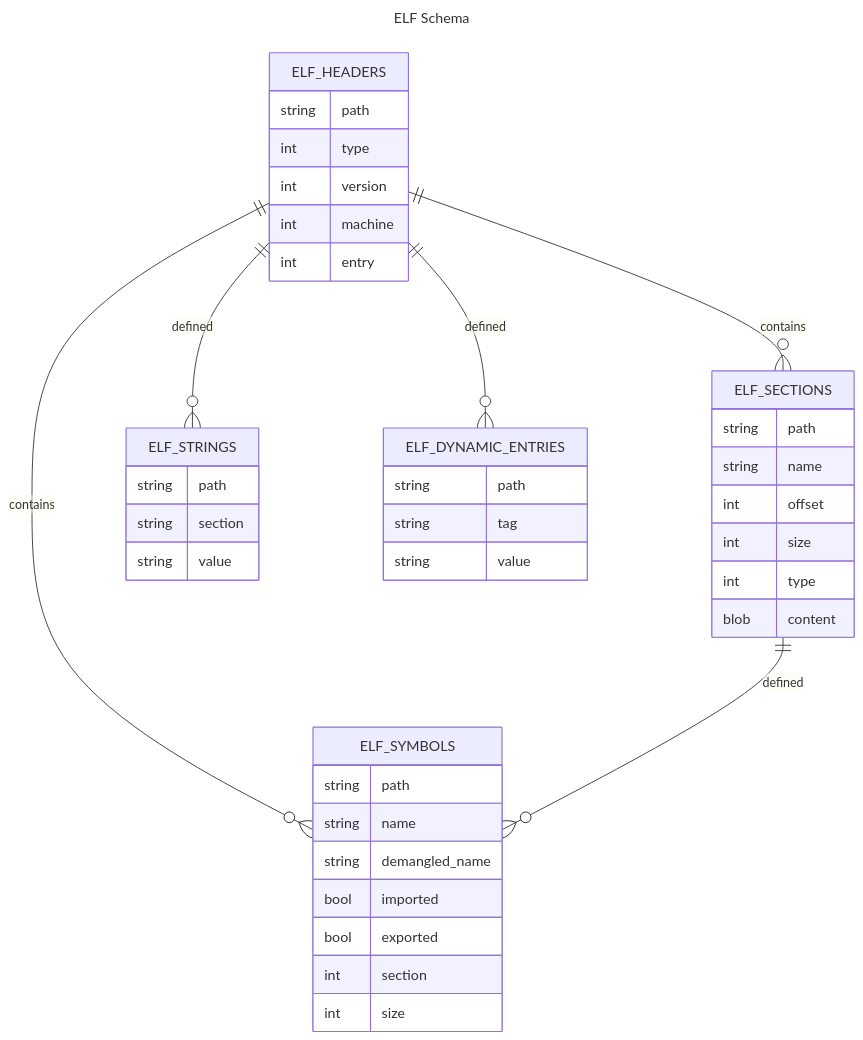
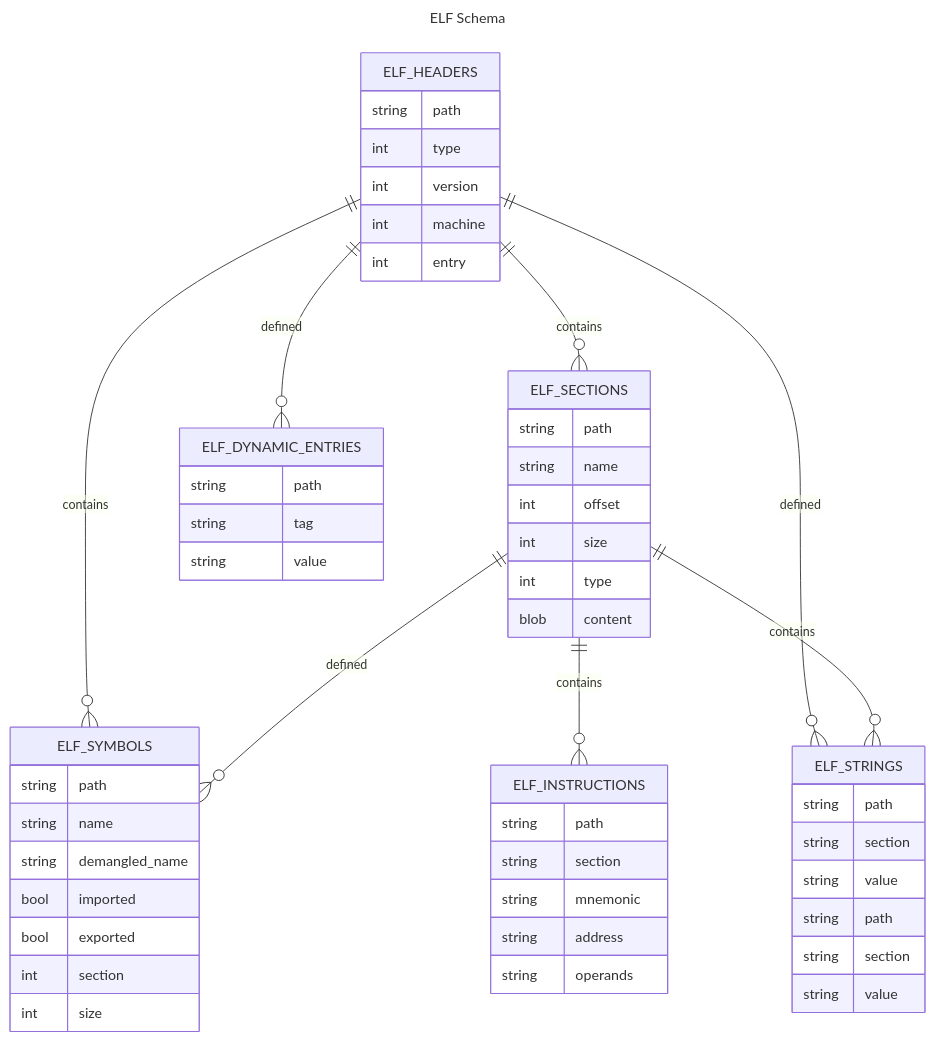
The diagram in README.md (fzakaria/sqlelf), drawn with Mermaid before and after one commit.

Commit message:
chore: add more tables to README
Added more tables to the mermaid figure:
* added elf_strings
* added elf_instructions

````diff
--- a/README.md
+++ b/README.md
@@ -12,45 +12,59 @@
 ```mermaid
 ---
 title: ELF Schema
 ---
 erDiagram
     ELF_HEADERS ||--o{ ELF_SECTIONS : contains
     ELF_HEADERS {
         string path
         int type
         int version
         int machine
         int entry
     }
     ELF_SECTIONS {
         string path
         string name
         int offset
         int size
         int type
         blob content
     }
     ELF_HEADERS ||--o{ ELF_SYMBOLS : contains
     ELF_SECTIONS ||--o{ ELF_SYMBOLS : defined
     ELF_SYMBOLS {
         string path
         string name
         string demangled_name
         bool imported
         bool exported
         int section
         int size
     }
     ELF_HEADERS ||--o{ ELF_STRINGS : defined
     ELF_STRINGS {
         string path
         string section
         string value
     }
     ELF_HEADERS ||--o{ ELF_DYNAMIC_ENTRIES : defined
     ELF_DYNAMIC_ENTRIES {
         string path
         string tag
         string value
     }
+    ELF_SECTIONS ||--o{ ELF_INSTRUCTIONS : contains
+    ELF_INSTRUCTIONS {
+        string path
+        string section
+        string mnemonic
+        string address
+        string operands
+    }
+    ELF_SECTIONS ||--o{ ELF_STRINGS : contains
+    ELF_STRINGS {
+        string path
+        string section
+        string value
+    }
 ```
````
